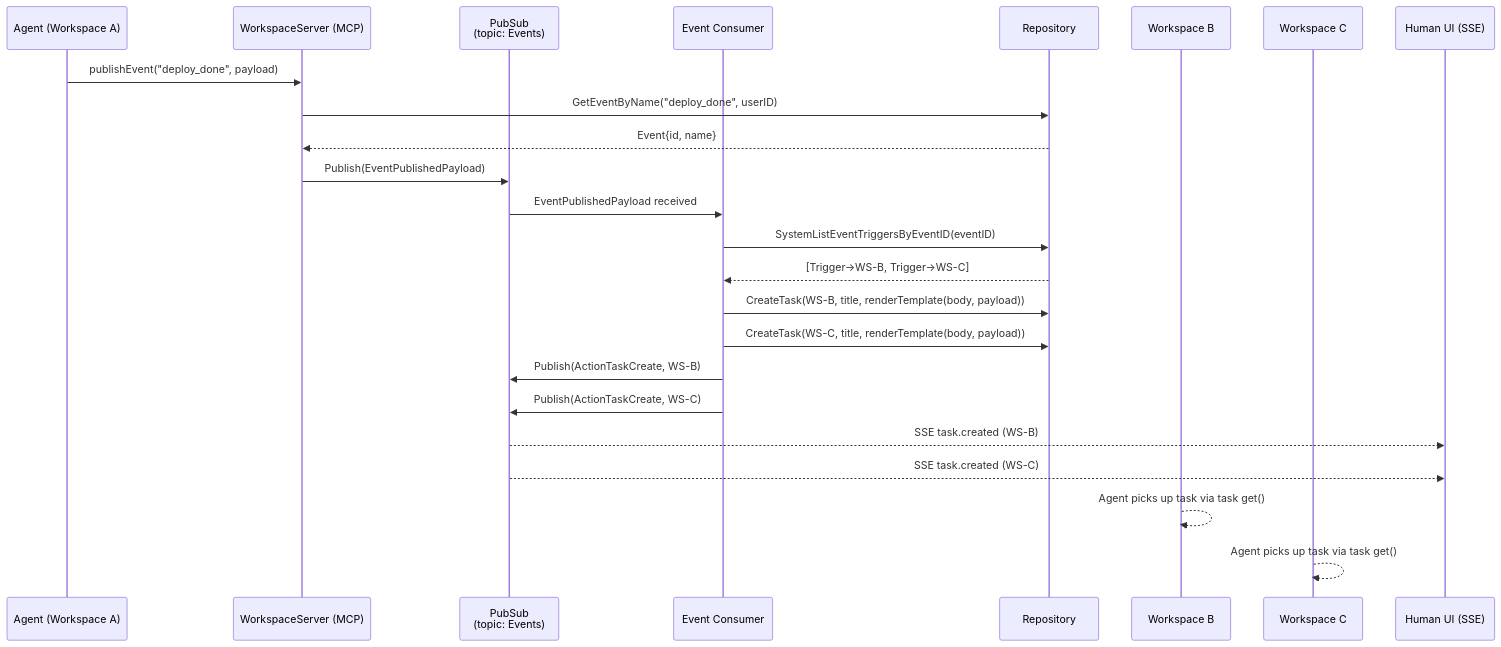
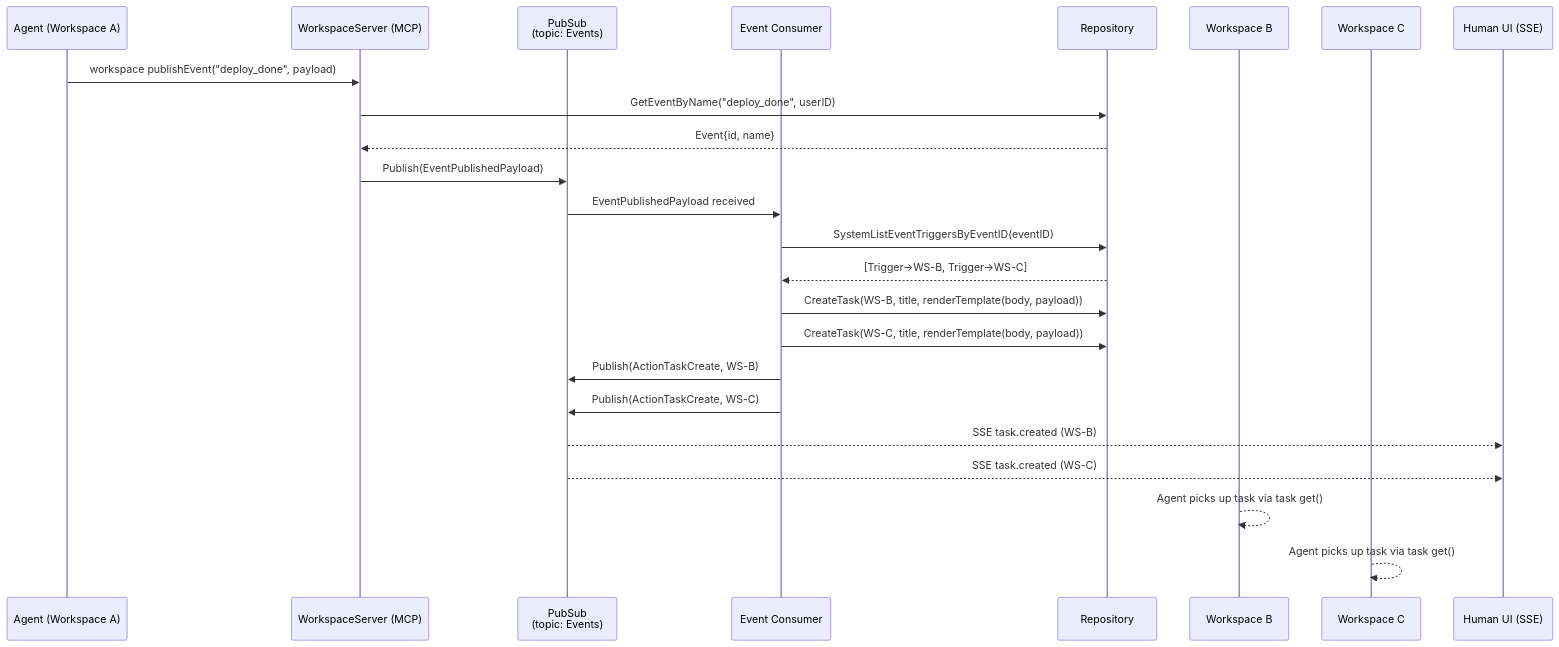
Before and after one commit to agentrq/agentrq: the first of 2 diagrams in ARCHITECTURE.md, drawn with Mermaid. The commit also changed other lines of this file and 46 other files, not shown here.

````diff
--- a/ARCHITECTURE.md
+++ b/ARCHITECTURE.md
@@ -333,31 +318,31 @@
 ```mermaid
 sequenceDiagram
     participant A as Agent (Workspace A)
     participant MCP as WorkspaceServer (MCP)
     participant PS as PubSub<br/>(topic: Events)
     participant EC as Event Consumer
     participant DB as Repository
     participant B as Workspace B
     participant C as Workspace C
     participant UI as Human UI (SSE)
 
-    A->>MCP: publishEvent("deploy_done", payload)
+    A->>MCP: workspace publishEvent("deploy_done", payload)
     MCP->>DB: GetEventByName("deploy_done", userID)
     DB-->>MCP: Event{id, name}
     MCP->>PS: Publish(EventPublishedPayload)
 
     PS->>EC: EventPublishedPayload received
     EC->>DB: SystemListEventTriggersByEventID(eventID)
     DB-->>EC: [Trigger→WS-B, Trigger→WS-C]
 
     EC->>DB: CreateTask(WS-B, title, renderTemplate(body, payload))
     EC->>DB: CreateTask(WS-C, title, renderTemplate(body, payload))
 
     EC->>PS: Publish(ActionTaskCreate, WS-B)
     EC->>PS: Publish(ActionTaskCreate, WS-C)
     PS-->>UI: SSE task.created (WS-B)
     PS-->>UI: SSE task.created (WS-C)
 
     B-->>B: Agent picks up task via task get()
     C-->>C: Agent picks up task via task get()
 ```
````
